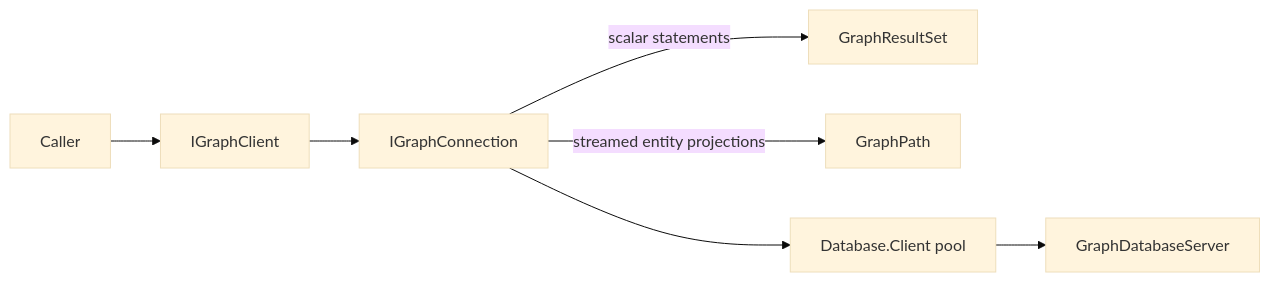
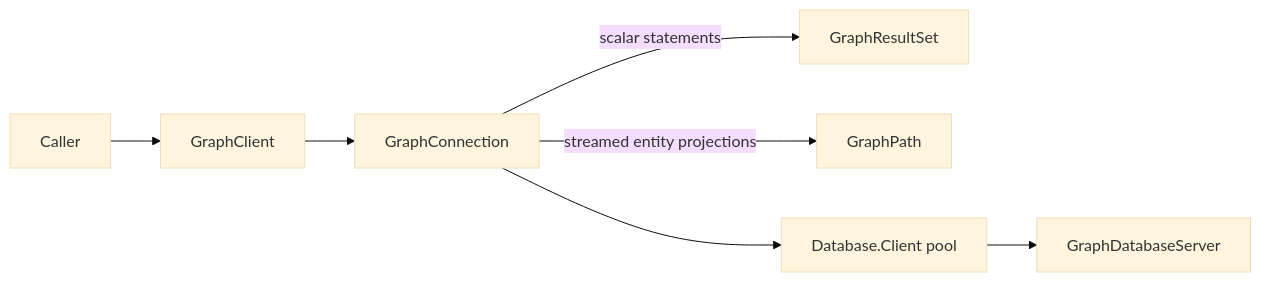
One commit to assimalign/cohesion-docs changed the diagram in docs/dotnet-apis/resources/database/assimalign-cohesion-database-graph-client/index.md. Above: the diagram before and after it, drawn with Mermaid (base theme). The commit also changed other lines of this file and 26 other files, not shown here.

Commit message:
docs(database): reference GQL expressions parameters and path diagnostics

````diff
--- a/docs/dotnet-apis/resources/database/assimalign-cohesion-database-graph-client/index.md
+++ b/docs/dotnet-apis/resources/database/assimalign-cohesion-database-graph-client/index.md
@@ -17,9 +21,9 @@
 ```mermaid
 flowchart LR
-    Caller --> IGraphClient
-    IGraphClient --> IGraphConnection
-    IGraphConnection -->|scalar statements| GraphResultSet
-    IGraphConnection -->|streamed entity projections| GraphPath
-    IGraphConnection --> Core[Database.Client pool]
+    Caller --> GraphClient
+    GraphClient --> GraphConnection
+    GraphConnection -->|scalar statements| GraphResultSet
+    GraphConnection -->|streamed entity projections| GraphPath
+    GraphConnection --> Core[Database.Client pool]
     Core --> Server[GraphDatabaseServer]
 ```
````
